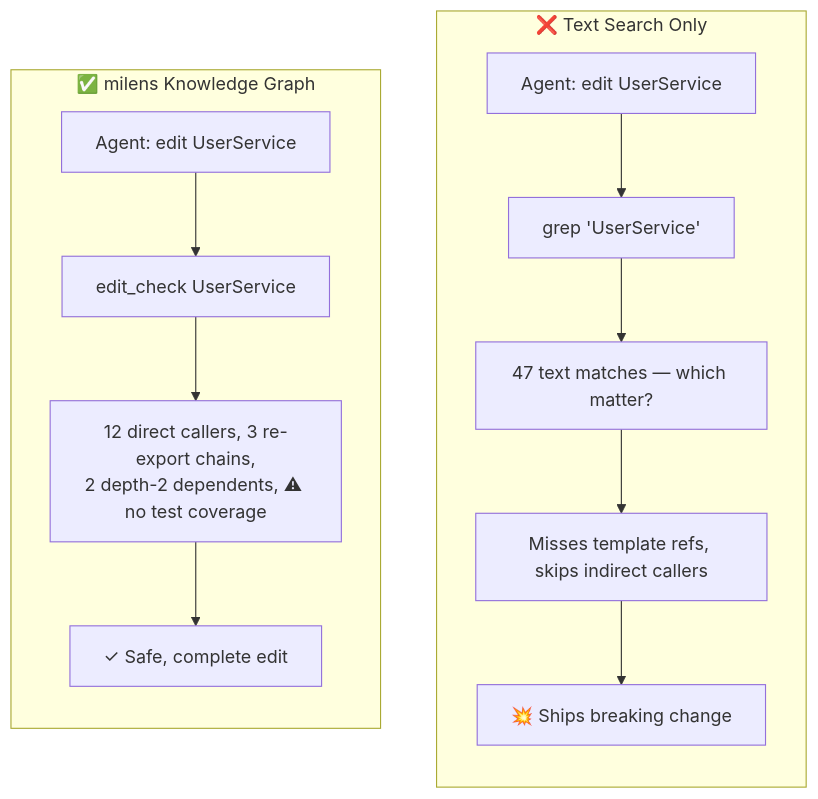
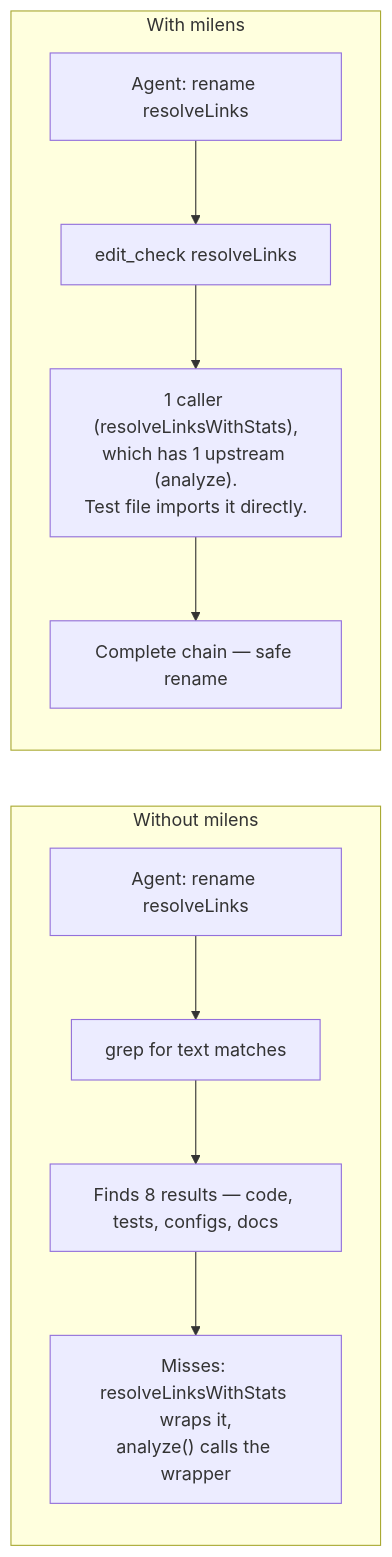
The first of 3 diagrams in README.md (fuze210699/milens), drawn with Mermaid before and after one commit. The commit also changed other lines of this file and 28 other files, not shown here.

````diff
--- a/README.md
+++ b/README.md
@@ -41,17 +44,16 @@
 ```mermaid
-flowchart TB
-  subgraph OLD["❌ Text Search Only"]
+flowchart LR
+  subgraph WITHOUT["Without milens"]
     direction TB
-    A1["Agent: edit UserService"] --> A2["grep 'UserService'"]
-    A2 --> A3["47 text matches — which matter?"]
-    A3 --> A4["Misses template refs, skips indirect callers"]
-    A4 --> A5["💥 Ships breaking change"]
+    W1["Agent: rename resolveLinks"] --> W2["grep for text matches"]
+    W2 --> W3["Finds 8 results — code, tests, configs, docs"]
+    W3 --> W4["Misses: resolveLinksWithStats wraps it,\nanalyze() calls the wrapper"]
   end
 
-  subgraph NEW["✅ milens Knowledge Graph"]
+  subgraph WITH["With milens"]
     direction TB
-    B1["Agent: edit UserService"] --> B2["edit_check UserService"]
-    B2 --> B3["12 direct callers, 3 re-export chains,\n2 depth-2 dependents, ⚠ no test coverage"]
-    B3 --> B4["✓ Safe, complete edit"]
+    M1["Agent: rename resolveLinks"] --> M2["edit_check resolveLinks"]
+    M2 --> M3["1 caller (resolveLinksWithStats),\nwhich has 1 upstream (analyze).\nTest file imports it directly."]
+    M3 --> M4["Complete chain — safe rename"]
   end
 ```
````
